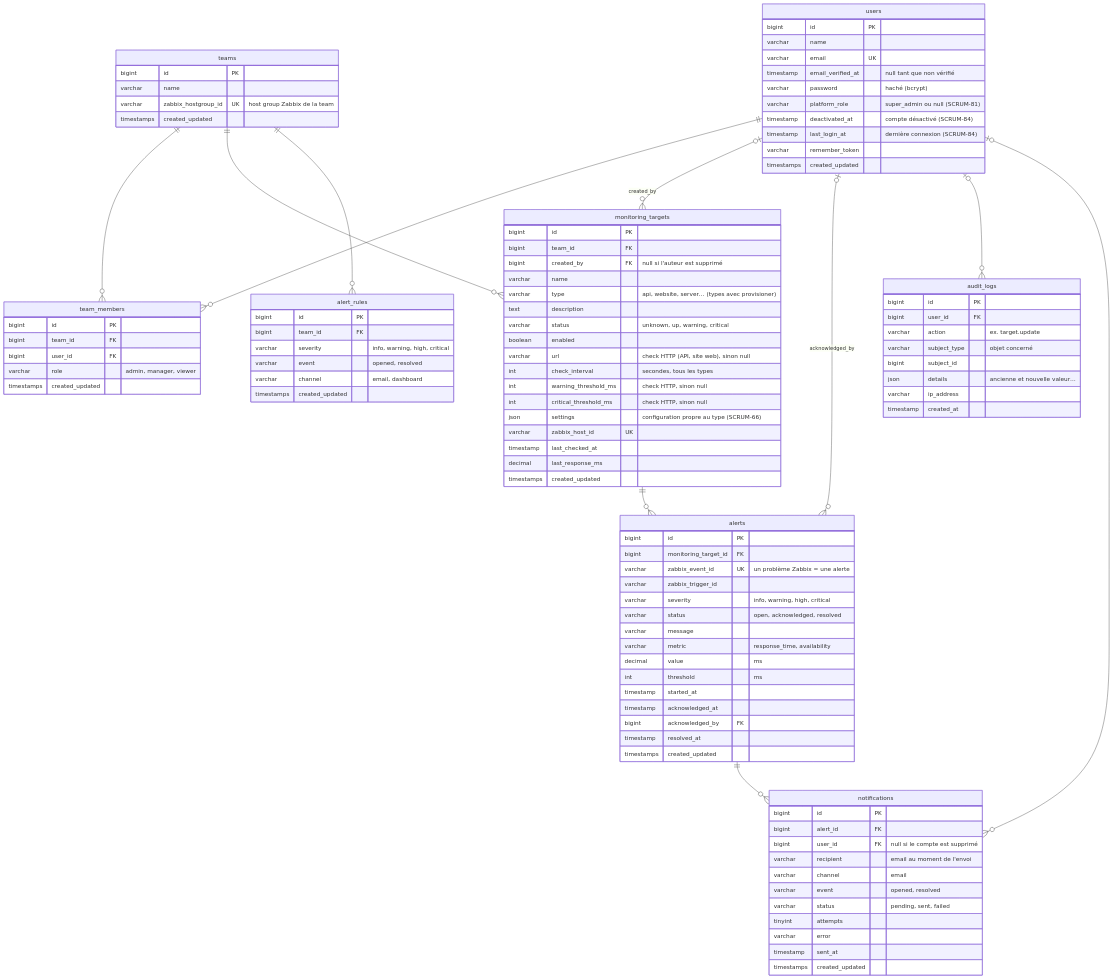
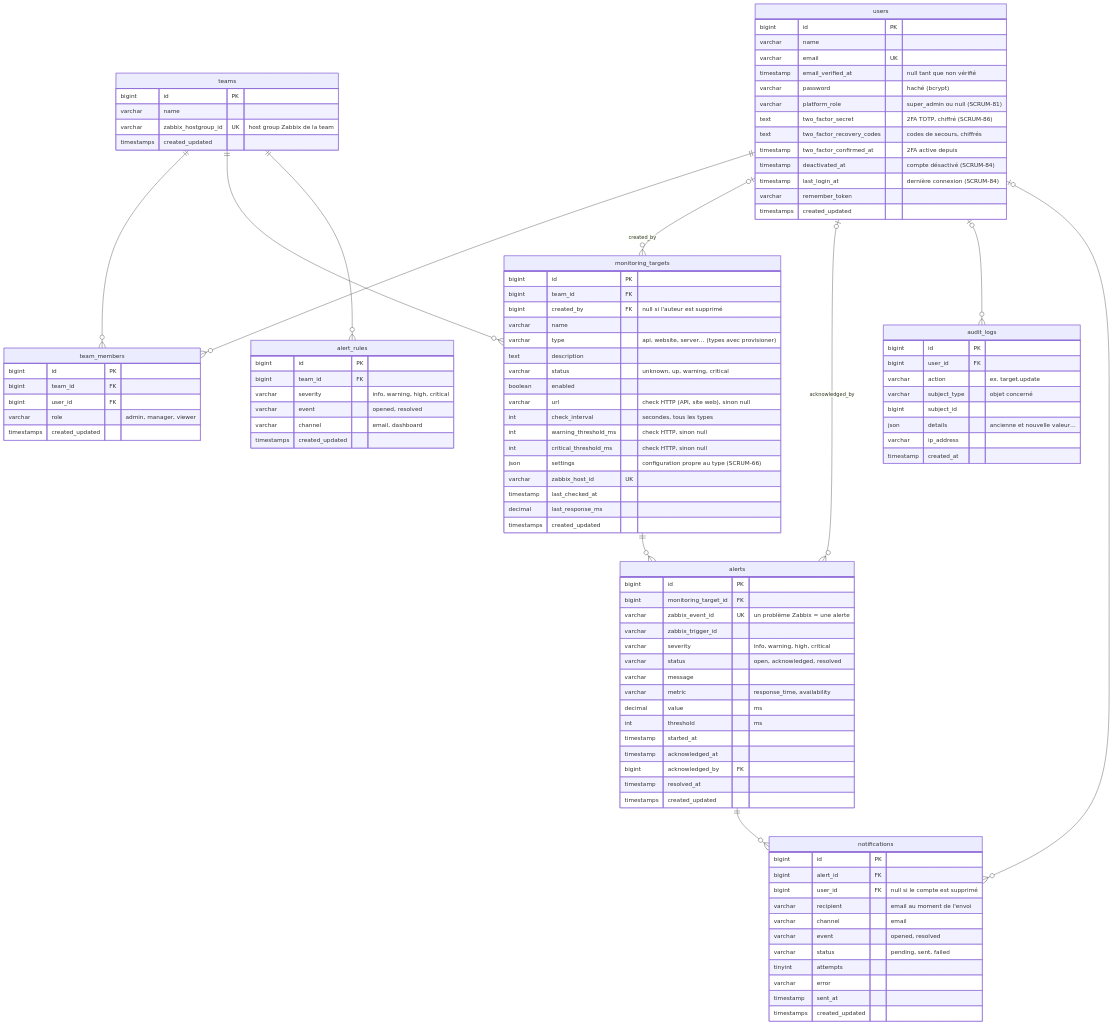
Before and after one commit to wissalsaidi/Monitoring-Platform: the second of 2 diagrams in docs/conception/04-modele-de-donnees.md, drawn with Mermaid. The commit also changed 25 other files, not shown here.

```diff
--- a/docs/conception/04-modele-de-donnees.md
+++ b/docs/conception/04-modele-de-donnees.md
@@ -37,6 +37,9 @@
         timestamp email_verified_at "null tant que non vérifié"
         varchar password "haché (bcrypt)"
         varchar platform_role "super_admin ou null (SCRUM-81)"
+        text two_factor_secret "2FA TOTP, chiffré (SCRUM-86)"
+        text two_factor_recovery_codes "codes de secours, chiffrés"
+        timestamp two_factor_confirmed_at "2FA active depuis"
         timestamp deactivated_at "compte désactivé (SCRUM-84)"
         timestamp last_login_at "dernière connexion (SCRUM-84)"
         varchar remember_token
```
